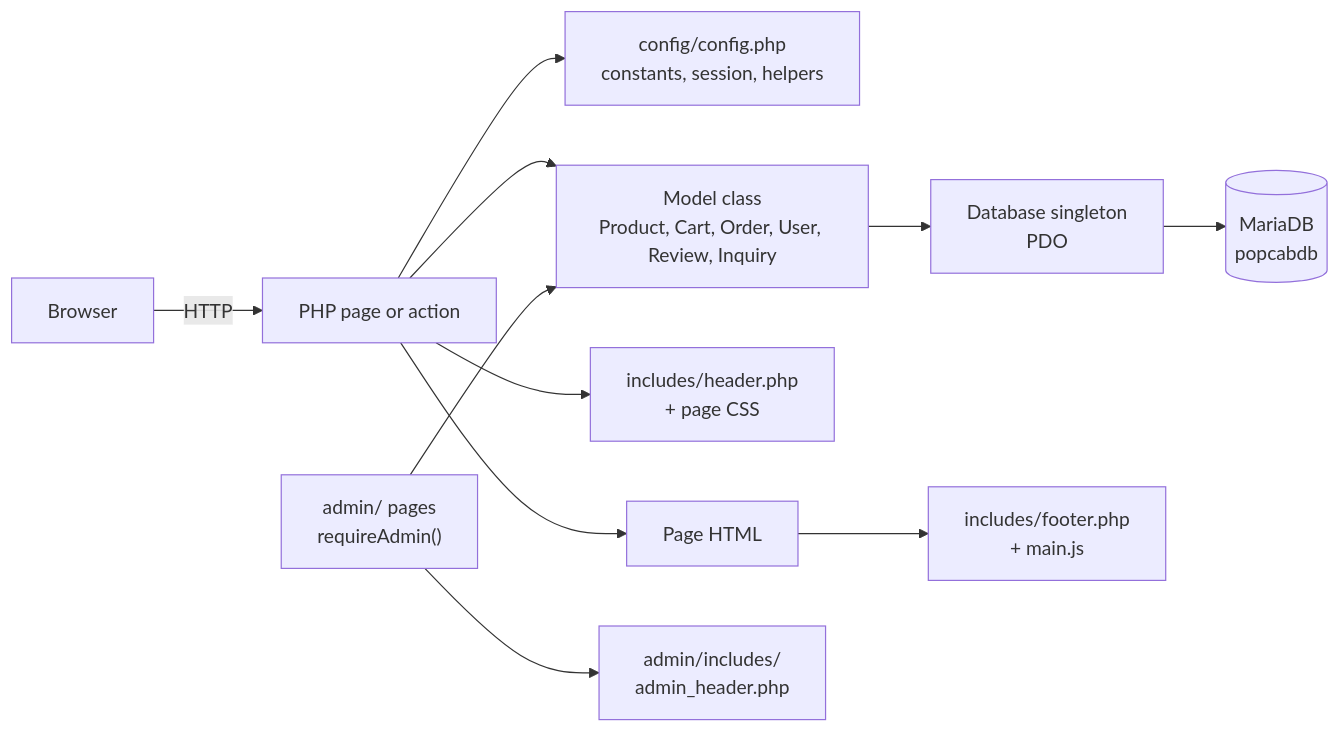
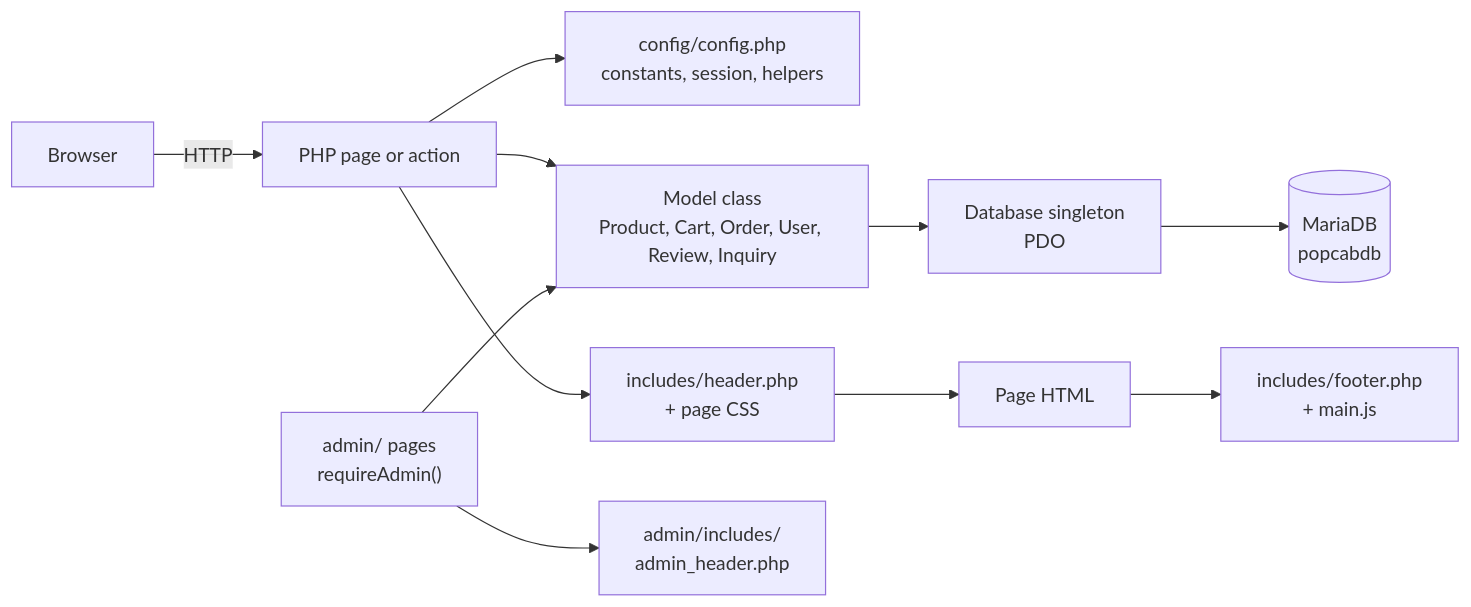
One commit to KharoPT/the-pop-cabin changed the diagram in README.md. Above: the diagram before and after it, drawn with Mermaid. The commit also changed other lines of this file, not shown here.

````diff
--- a/README.md
+++ b/README.md
@@ -83,13 +287,13 @@
 ```mermaid
 flowchart LR
-    B["Browser"] -->|"HTTP"| P["PHP page or action"]
+    B["Browser"] -->|HTTP| P["PHP page or action"]
     P --> C["config/config.php<br/>constants, session, helpers"]
     P --> M["Model class<br/>Product, Cart, Order, User, Review, Inquiry"]
     M --> D["Database singleton<br/>PDO"]
     D --> DB[("MariaDB<br/>popcabdb")]
     P --> H["includes/header.php<br/>+ page CSS"]
-    P --> V["Page HTML"]
+    H --> V["Page HTML"]
     V --> F["includes/footer.php<br/>+ main.js"]
     A["admin/ pages<br/>requireAdmin()"] --> M
     A --> AH["admin/includes/<br/>admin_header.php"]
 ```
````
